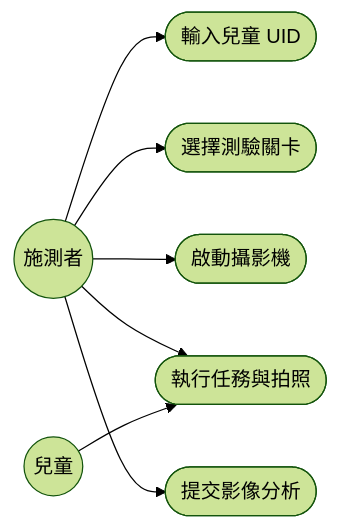
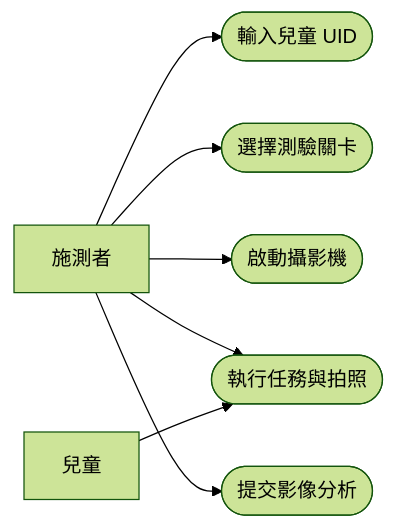
Before and after one commit to WeiChengTW/FMD_AI_Screener: the second of 6 diagrams in docs/ch05-use-case-diagrams.md, drawn with Mermaid (forest theme). The commit also changed other lines of this file and 1 other file, not shown here.

````diff
--- a/docs/ch05-use-case-diagrams.md
+++ b/docs/ch05-use-case-diagrams.md
@@ -31,18 +31,18 @@
 ```mermaid
 graph LR
-    施測者((施測者))
-    兒童((兒童))
+    施測者[施測者]
+    兒童[兒童]
 
     UC02a([輸入兒童 UID])
     UC02b([選擇測驗關卡])
     UC02c([啟動攝影機])
     UC02d([執行任務與拍照])
     UC02e([提交影像分析])
 
     施測者 --> UC02a
     施測者 --> UC02b
     施測者 --> UC02c
     施測者 --> UC02d
     施測者 --> UC02e
     兒童   --> UC02d
 ```
````
